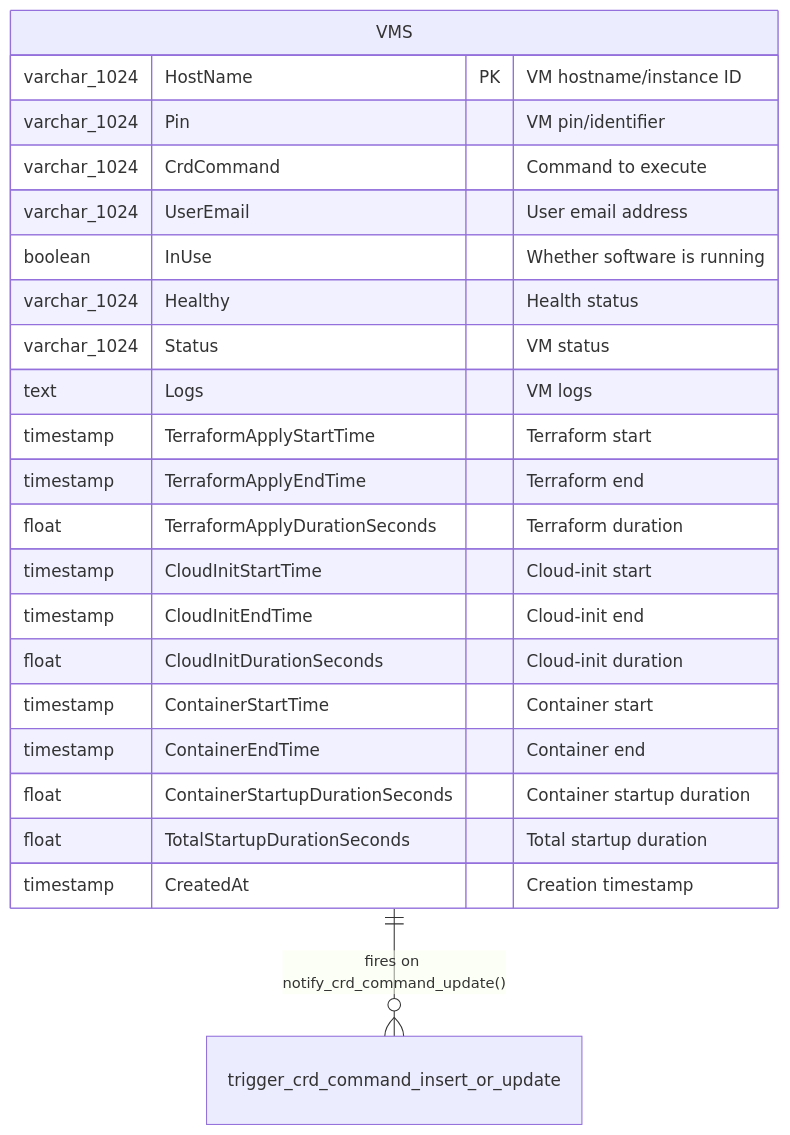
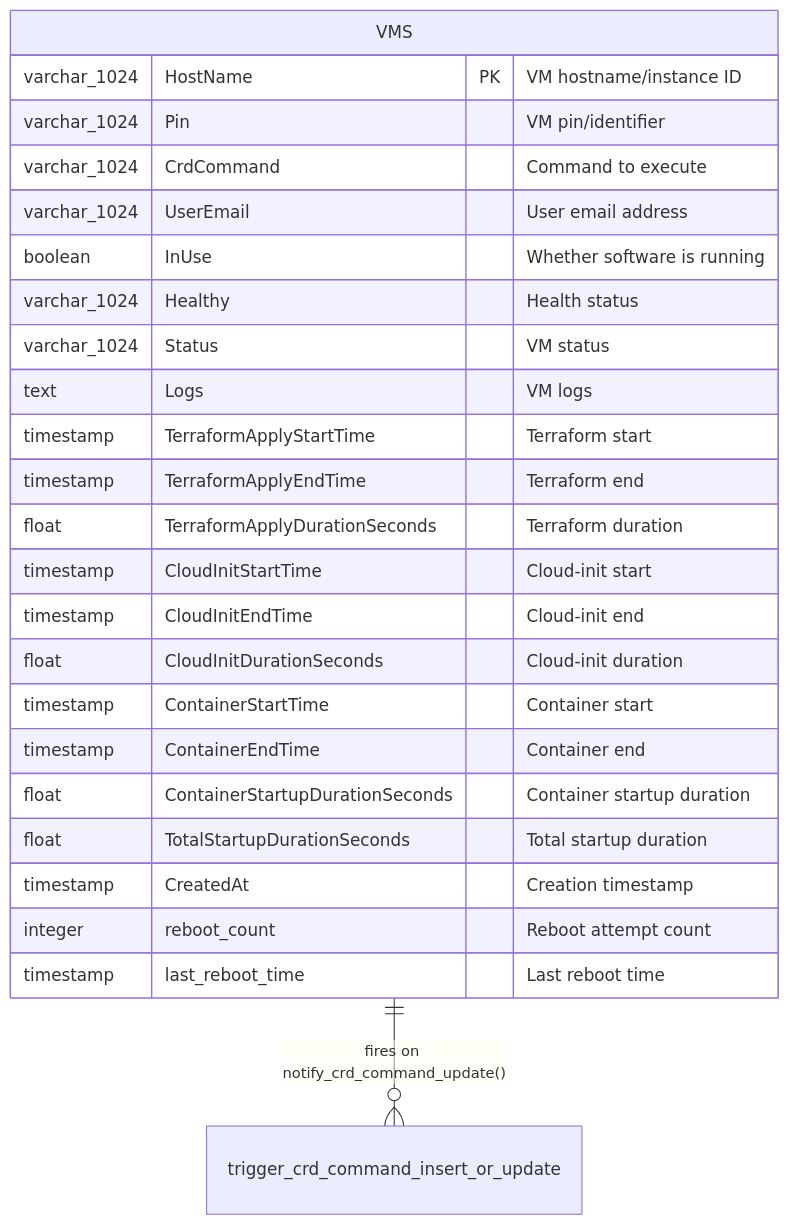
The first of 2 diagrams in docs/database.md (talmolab/lablink), drawn with Mermaid before and after one commit. The commit also changed other lines of this file and 15 other files, not shown here.

````diff
--- a/docs/database.md
+++ b/docs/database.md
@@ -22,26 +22,28 @@
 ```mermaid
 erDiagram
     VMS {
         varchar_1024 HostName PK "VM hostname/instance ID"
         varchar_1024 Pin "VM pin/identifier"
         varchar_1024 CrdCommand "Command to execute"
         varchar_1024 UserEmail "User email address"
         boolean InUse "Whether software is running"
         varchar_1024 Healthy "Health status"
         varchar_1024 Status "VM status"
         text Logs "VM logs"
         timestamp TerraformApplyStartTime "Terraform start"
         timestamp TerraformApplyEndTime "Terraform end"
         float TerraformApplyDurationSeconds "Terraform duration"
         timestamp CloudInitStartTime "Cloud-init start"
         timestamp CloudInitEndTime "Cloud-init end"
         float CloudInitDurationSeconds "Cloud-init duration"
         timestamp ContainerStartTime "Container start"
         timestamp ContainerEndTime "Container end"
         float ContainerStartupDurationSeconds "Container startup duration"
         float TotalStartupDurationSeconds "Total startup duration"
         timestamp CreatedAt "Creation timestamp"
+        integer reboot_count "Reboot attempt count"
+        timestamp last_reboot_time "Last reboot time"
     }
 
     VMS ||--o{ trigger_crd_command_insert_or_update : "fires on notify_crd_command_update()"
 ```
````
